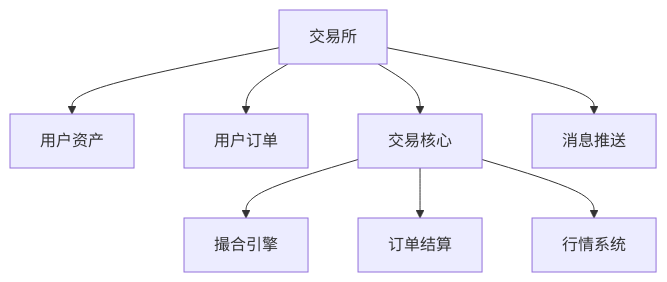
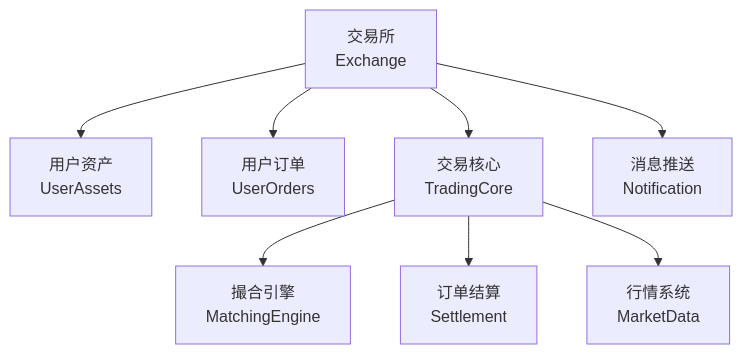
The diagram in readme.md (yzimhao/trading_engine), drawn with Mermaid before and after one commit. The commit also changed 1 other file, not shown here.

````diff
--- a/readme.md
+++ b/readme.md
@@ -17,12 +17,12 @@
 ```mermaid
 graph TD
-    A[交易所]
-    A --> AA[用户资产]
-    A --> AB[用户订单]
-    A --> AC[交易核心]
-    A --> AD[消息推送]
+    A[交易所<br>Exchange]
+    A --> AA[用户资产<br>UserAssets]
+    A --> AB[用户订单<br>UserOrders]
+    A --> AC[交易核心<br>TradingCore]
+    A --> AD[消息推送<br>Notification]
 
-    AC --> AC1[撮合引擎]
-    AC --> AC2[订单结算]
-    AC --> AC5[行情系统]
+    AC --> AC1[撮合引擎<br>MatchingEngine]
+    AC --> AC2[订单结算<br>Settlement]
+    AC --> AC5[行情系统<br>MarketData]
 ```
````
